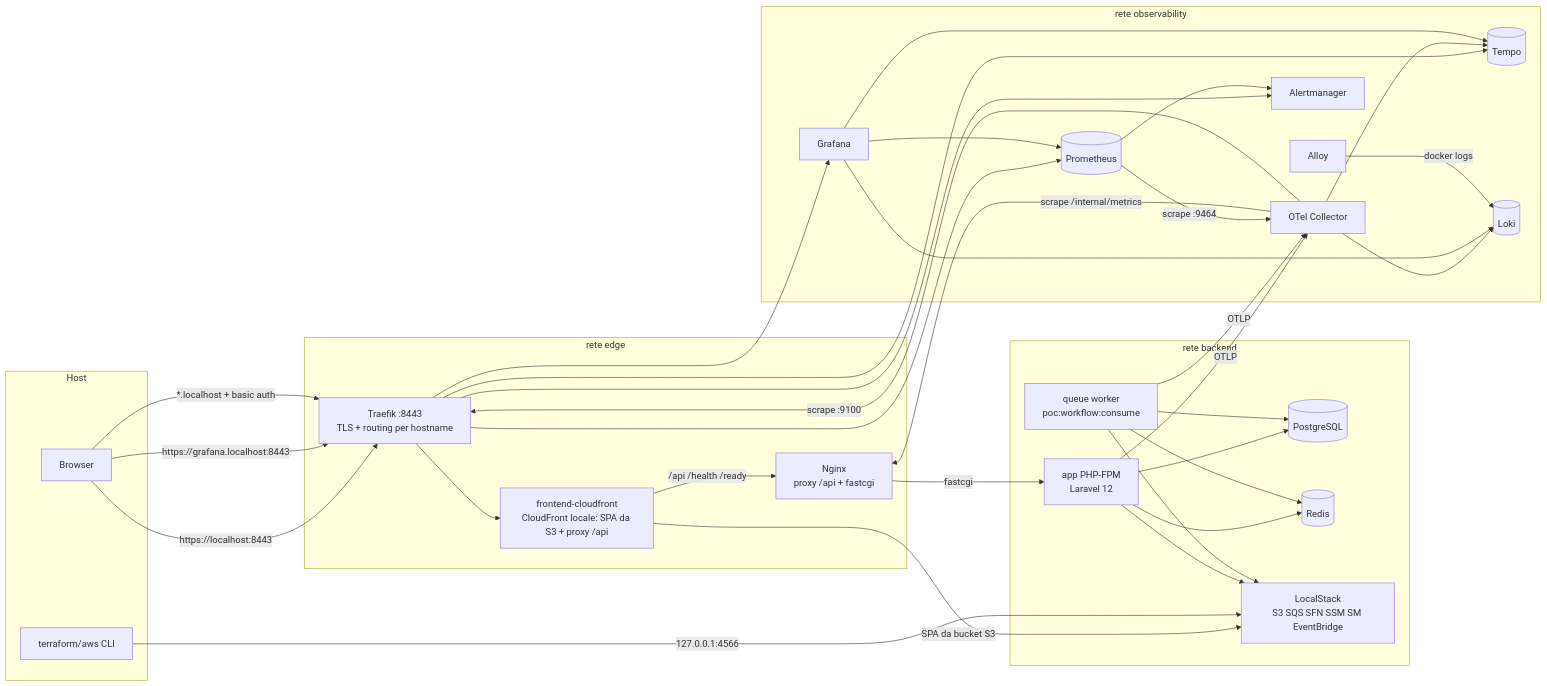
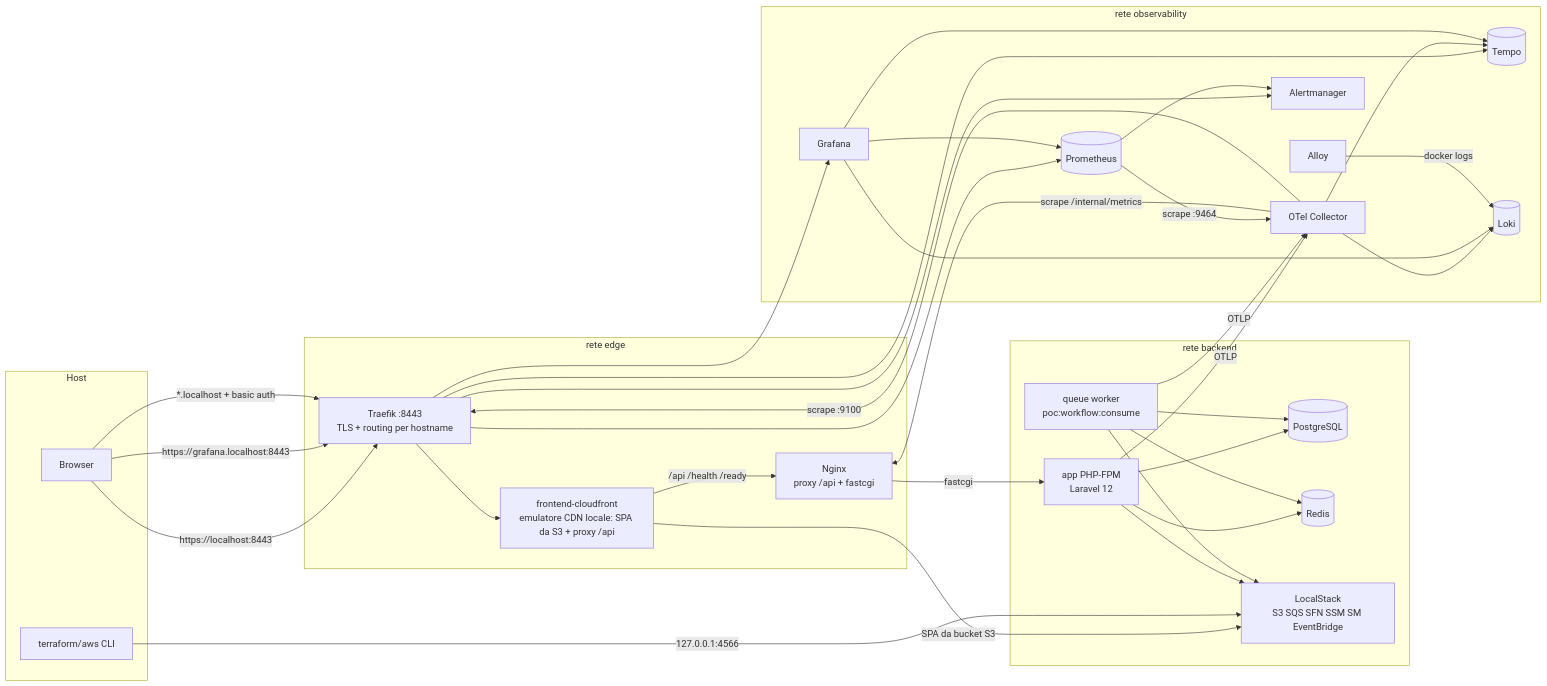
Before and after one commit to aLittleByte-19/MVP: the first of 2 diagrams in docs/IMPLEMENTATION_OVERVIEW.md, drawn with Mermaid. The commit also changed other lines of this file and 16 other files, not shown here.

````diff
--- a/docs/IMPLEMENTATION_OVERVIEW.md
+++ b/docs/IMPLEMENTATION_OVERVIEW.md
@@ -59,43 +59,43 @@
 ```mermaid
 flowchart LR
     subgraph host[Host]
         B[Browser]
         TF[terraform/aws CLI]
     end
     subgraph edge[rete edge]
         T[Traefik :8443<br/>TLS + routing per hostname]
-        FC[frontend-cloudfront<br/>CloudFront locale: SPA da S3 + proxy /api]
+        FC[frontend-cloudfront<br/>emulatore CDN locale: SPA da S3 + proxy /api]
         N[Nginx<br/>proxy /api + fastcgi]
     end
     subgraph backend[rete backend]
         A[app PHP-FPM<br/>Laravel 12]
         Q[queue worker<br/>poc:workflow:consume]
         PG[(PostgreSQL)]
         R[(Redis)]
         LS[LocalStack<br/>S3 SQS SFN SSM SM EventBridge]
     end
     subgraph obs[rete observability]
         OC[OTel Collector]
         P[(Prometheus)]
         TE[(Tempo)]
         LK[(Loki)]
         AL[Alloy]
         AM[Alertmanager]
         G[Grafana]
     end
     B -->|https://localhost:8443| T --> FC
     FC -->|SPA da bucket S3| LS
     FC -->|/api /health /ready| N -->|fastcgi| A
     B -->|https://grafana.localhost:8443| T --> G
     B -->|*.localhost + basic auth| T --> P & AM & TE
     TF -->|127.0.0.1:4566| LS
     A & Q --> PG & R & LS
     A & Q -->|OTLP| OC
     OC -->|scrape /internal/metrics| N
     OC -->|scrape :9100| T
     OC --> TE & LK
     P -->|scrape :9464| OC
     P --> AM
     G --> P & TE & LK
     AL -->|docker logs| LK
 ```
````
